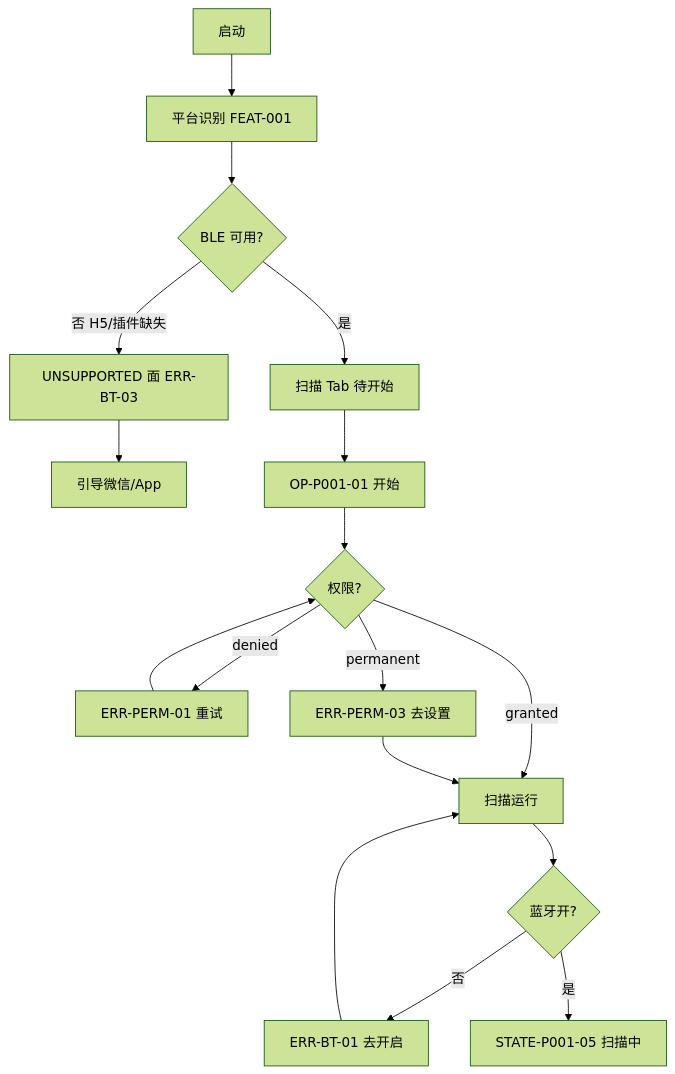
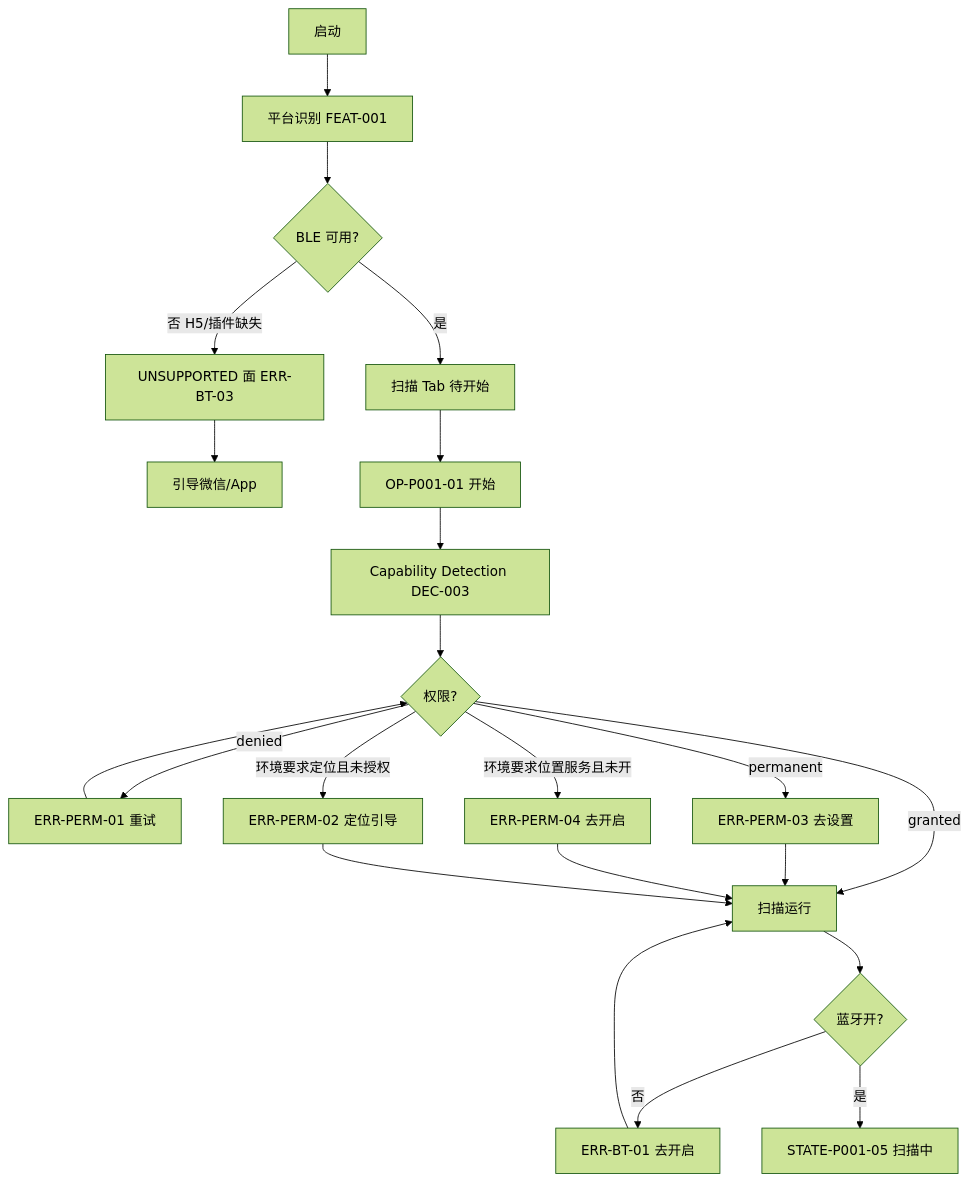
The first of 28 diagrams in docs/target-product/06_TARGET_USER_FLOWS.md (LuoYaoSheng/smart-ble), drawn with Mermaid (forest theme) before and after one commit. The commit also changed other lines of this file and 48 other files, not shown here.

````diff
--- a/docs/target-product/06_TARGET_USER_FLOWS.md
+++ b/docs/target-product/06_TARGET_USER_FLOWS.md
@@ -37,18 +37,23 @@
 ```mermaid
 flowchart TD
   A[启动] --> B[平台识别 FEAT-001]
   B --> C{BLE 可用?}
   C -- 否 H5/插件缺失 --> D[UNSUPPORTED 面 ERR-BT-03]
   D --> E[引导微信/App]
   C -- 是 --> F[扫描 Tab 待开始]
   F --> G[OP-P001-01 开始]
-  G --> H{权限?}
+  G --> H0[Capability Detection DEC-003]
+  H0 --> H{权限?}
   H -- granted --> I[扫描运行]
   H -- denied --> J[ERR-PERM-01 重试]
   H -- permanent --> K[ERR-PERM-03 去设置]
+  H -- 环境要求定位且未授权 --> J2[ERR-PERM-02 定位引导]
+  H -- 环境要求位置服务且未开 --> K2[ERR-PERM-04 去开启]
   K --> I
+  K2 --> I
+  J2 --> I
   J --> H
   I --> L{蓝牙开?}
   L -- 否 --> M[ERR-BT-01 去开启] --> I
   L -- 是 --> N[STATE-P001-05 扫描中]
 ```
````
